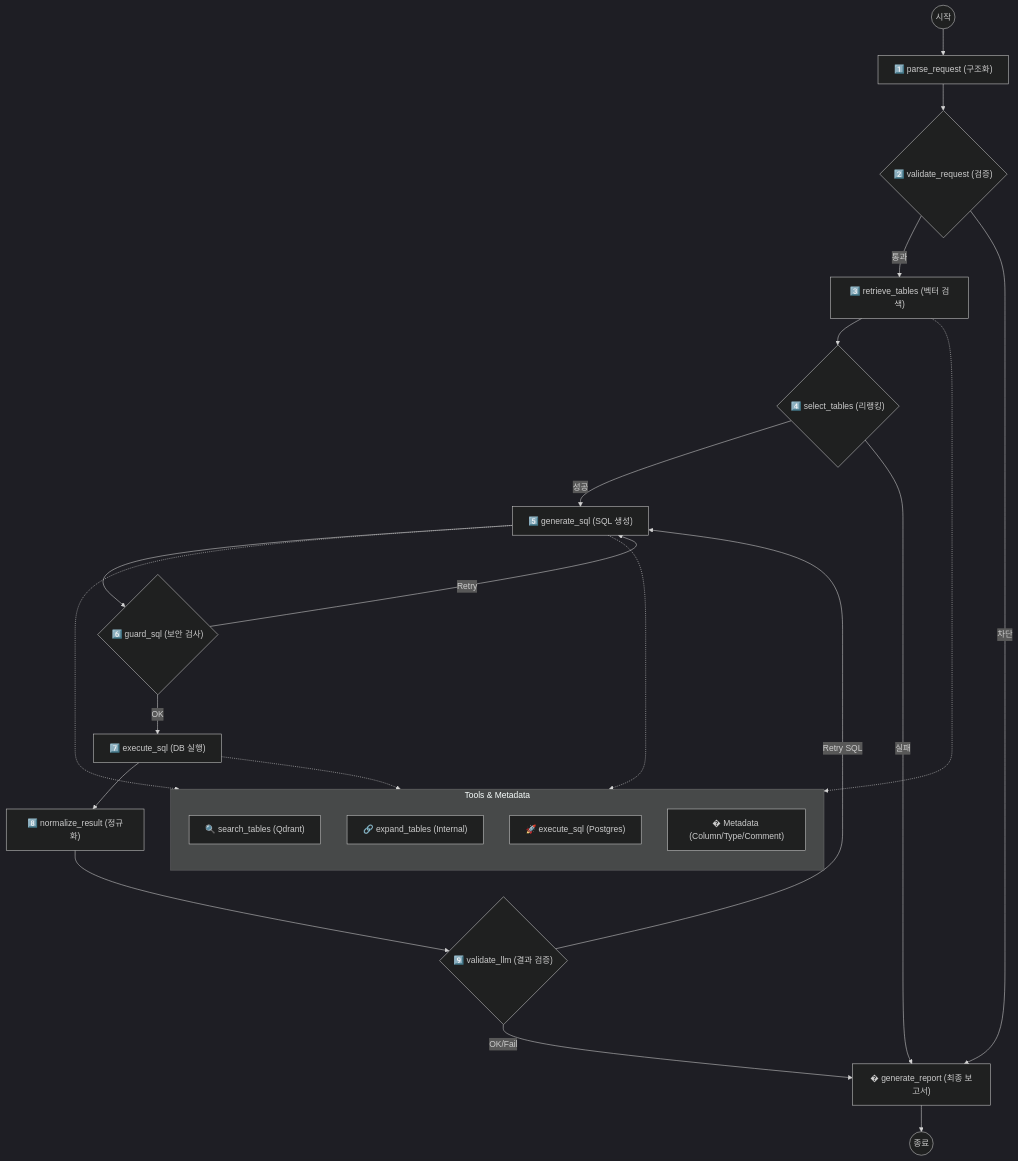
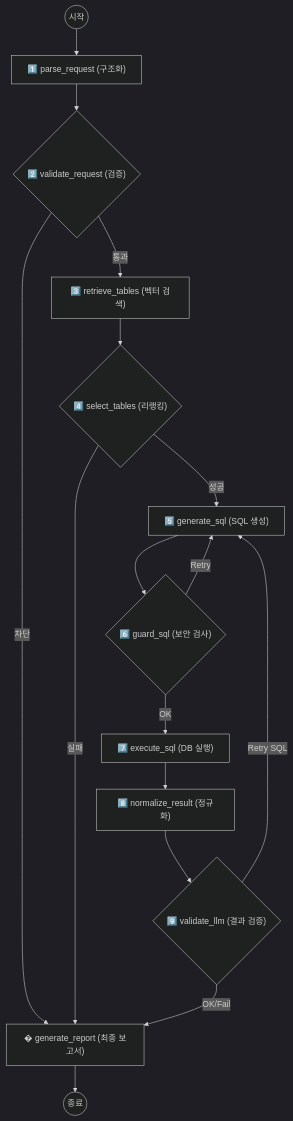
One commit to sonsukwoo/server-agent changed the diagram in README.md. Above: the diagram before and after it, drawn with Mermaid (dark theme).

Commit message:
readme 수정

````diff
--- a/README.md
+++ b/README.md
@@ -86,47 +86,35 @@
 ```mermaid
 graph TD
     %% Entry
     Start((시작)) --> parse_request["1️⃣ parse_request (구조화)"]
     
     %% Input Layer
     parse_request --> validate_request{"2️⃣ validate_request (검증)"}
     
     %% Retrieval Layer
     validate_request -- "통과" --> retrieve_tables["3️⃣ retrieve_tables (벡터 검색)"]
     validate_request -- "차단" --> generate_report
     
     retrieve_tables --> select_tables{"4️⃣ select_tables (리랭킹)"}
     
     %% Generation & Guard Layer
     select_tables -- "성공" --> generate_sql["5️⃣ generate_sql (SQL 생성)"]
     select_tables -- "실패" --> generate_report
     
     generate_sql --> guard_sql{"6️⃣ guard_sql (보안 검사)"}
     guard_sql -- "Retry" --> generate_sql
     guard_sql -- "OK" --> execute_sql["7️⃣ execute_sql (DB 실행)"]
     
     %% Execution & Validation Layer
     execute_sql --> normalize_result["8️⃣ normalize_result (정규화)"]
     normalize_result --> validate_llm{"9️⃣ validate_llm (결과 검증)"}
     
     %% Cyclic Correction
     validate_llm -- "Retry SQL" --> generate_sql
     validate_llm -- "OK/Fail" --> generate_report["� generate_report (최종 보고서)"]
     
     %% End
     generate_report --> End((종료))
 
-    %% Tool Call Highlight
-    subgraph "Tools & Metadata"
-        direction TB
-        T1["🔍 search_tables (Qdrant)"]
-        T2["🔗 expand_tables (Internal)"]
-        T3["🚀 execute_sql (Postgres)"]
-        M1["� Metadata (Column/Type/Comment)"]
-    end
-    
-    retrieve_tables -.-> T1
-    generate_sql -.-> T2
-    execute_sql -.-> T3
-    generate_sql -.-> M1
+    %% (Tools & Metadata section removed to show only node flow)
 ```
````
